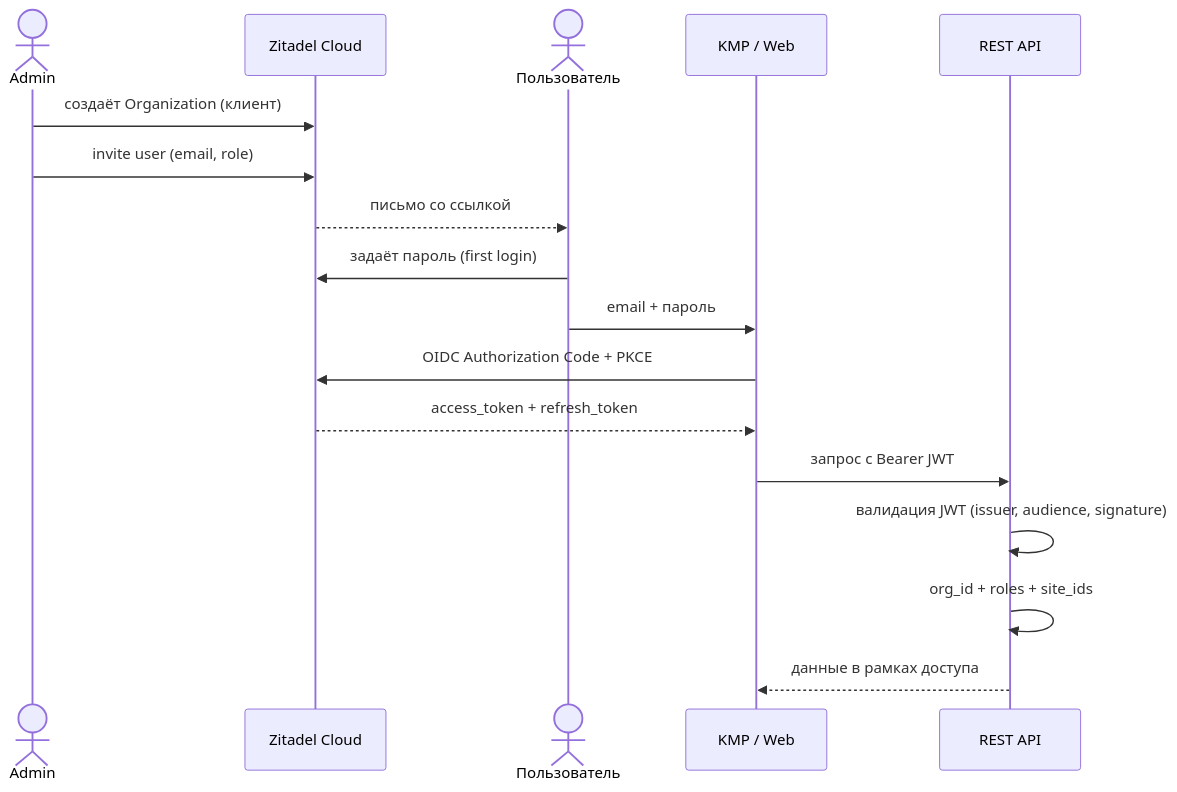
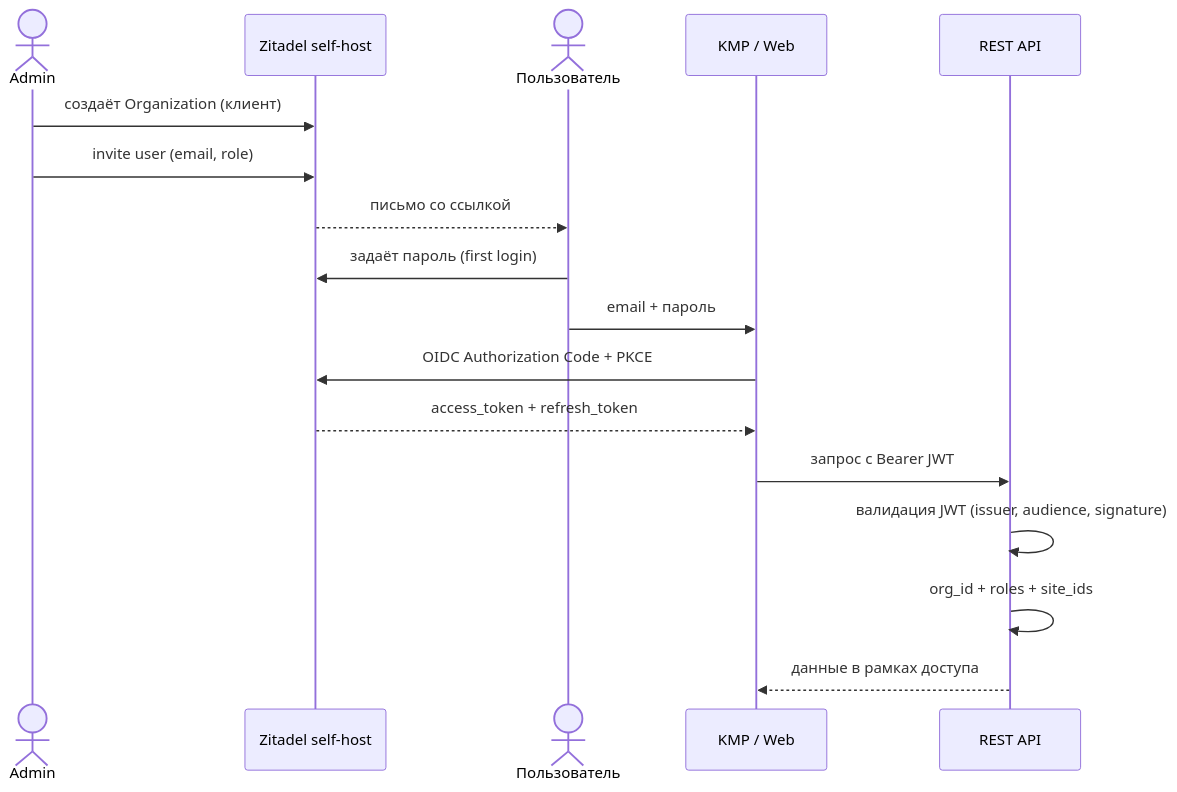
The ninth of 9 diagrams in TOIR_AI_SYSTEM_DESIGN.md (masterdoc-app/masterdoc), drawn with Mermaid before and after one commit. The commit also changed other lines of this file and 2 other files, not shown here.

First line of the commit message:
docs: point auth at self-host Zitadel in RF

````diff
--- a/TOIR_AI_SYSTEM_DESIGN.md
+++ b/TOIR_AI_SYSTEM_DESIGN.md
@@ -559,20 +563,20 @@
 ```mermaid
 sequenceDiagram
   actor A as Admin
-  participant Z as Zitadel Cloud
+  participant Z as Zitadel self-host
   actor U as Пользователь
   participant C as KMP / Web
   participant API as REST API
 
   A->>Z: создаёт Organization (клиент)
   A->>Z: invite user (email, role)
   Z-->>U: письмо со ссылкой
   U->>Z: задаёт пароль (first login)
   U->>C: email + пароль
   C->>Z: OIDC Authorization Code + PKCE
   Z-->>C: access_token + refresh_token
   C->>API: запрос с Bearer JWT
   API->>API: валидация JWT (issuer, audience, signature)
   API->>API: org_id + roles + site_ids
   API-->>C: данные в рамках доступа
 ```
````
